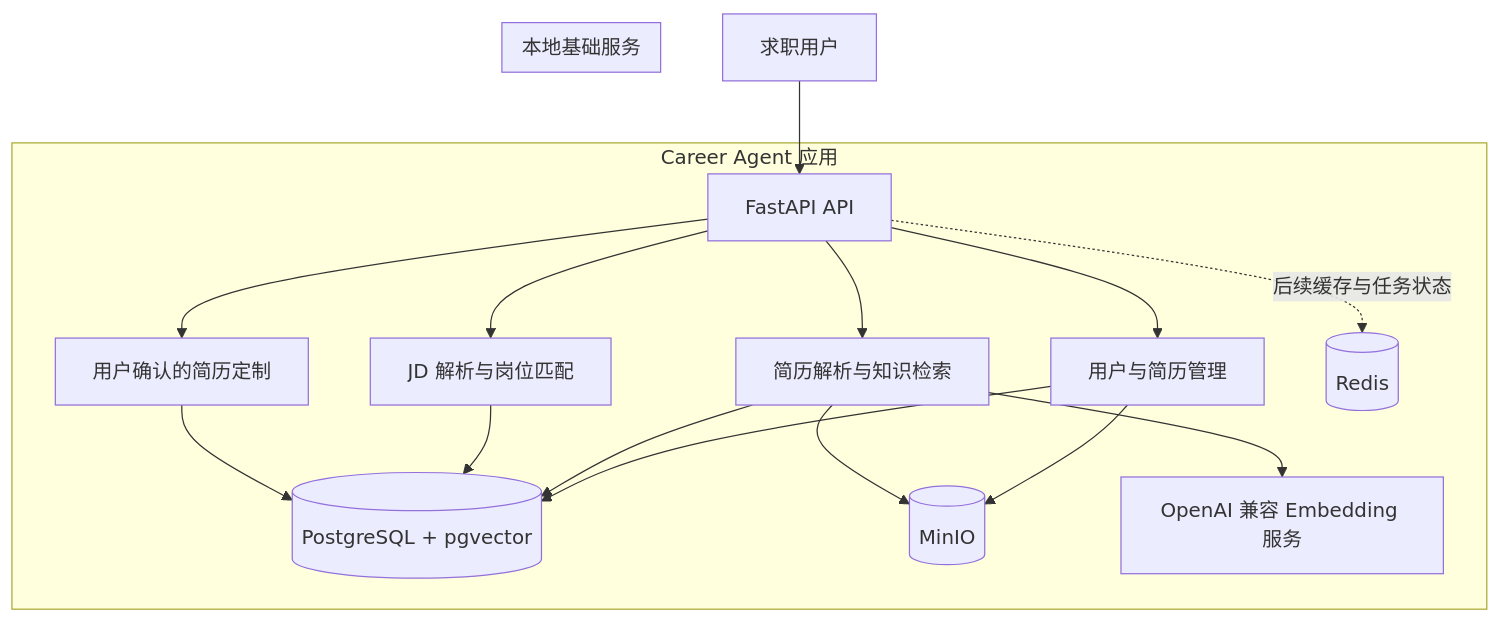
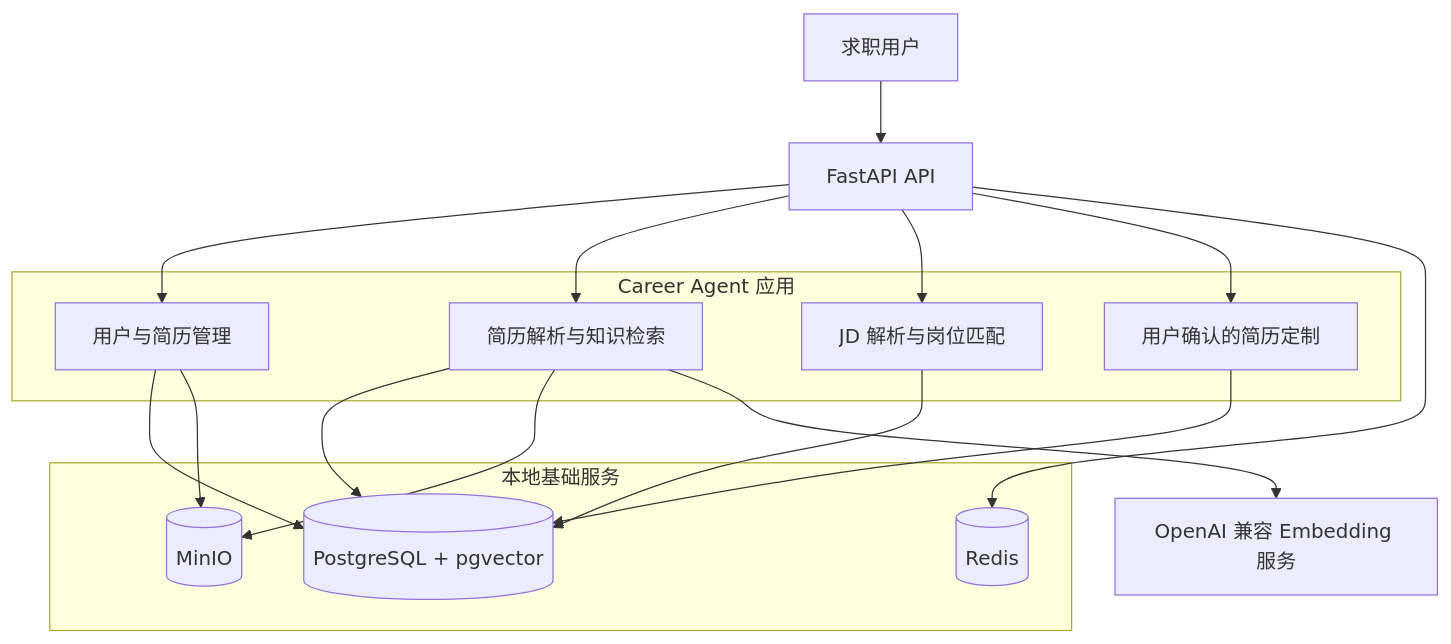
The first of 3 diagrams in README.md (Georgetcj/career-agent), drawn with Mermaid before and after one commit.

Commit message:
docs: fix README Mermaid architecture diagram

````diff
--- a/README.md
+++ b/README.md
@@ -9,25 +9,30 @@
 ```mermaid
 flowchart TB
-    User[求职用户] --> API[FastAPI API]
+    User["求职用户"] --> API["FastAPI API"]
 
-    subgraph Application[Career Agent 应用]
-        API --> Candidate[用户与简历管理]
-        API --> Knowledge[简历解析与知识检索]
-        API --> Matching[JD 解析与岗位匹配]
-        API --> Tailoring[用户确认的简历定制]
-        Candidate --> DB
-        Candidate --> Storage
-        Knowledge --> DB
-        Knowledge --> Storage
-        Knowledge --> Embedding[OpenAI 兼容 Embedding 服务]
-        Matching --> DB
-        Tailoring --> DB
-        API -. 后续缓存与任务状态 .-> Cache
+    subgraph Application["Career Agent 应用"]
+        Candidate["用户与简历管理"]
+        Knowledge["简历解析与知识检索"]
+        Matching["JD 解析与岗位匹配"]
+        Tailoring["用户确认的简历定制"]
     end
 
-    subgraph LocalServices[本地基础服务]
-        DB[(PostgreSQL + pgvector)]
-        Cache[(Redis)]
-        Storage[(MinIO)]
+    subgraph LocalServices["本地基础服务"]
+        DB[("PostgreSQL + pgvector")]
+        Cache[("Redis")]
+        Storage[("MinIO")]
     end
+
+    API --> Candidate
+    API --> Knowledge
+    API --> Matching
+    API --> Tailoring
+    API --> Cache
+    Candidate --> DB
+    Candidate --> Storage
+    Knowledge --> DB
+    Knowledge --> Storage
+    Knowledge --> Embedding["OpenAI 兼容 Embedding 服务"]
+    Matching --> DB
+    Tailoring --> DB
 ```
````
